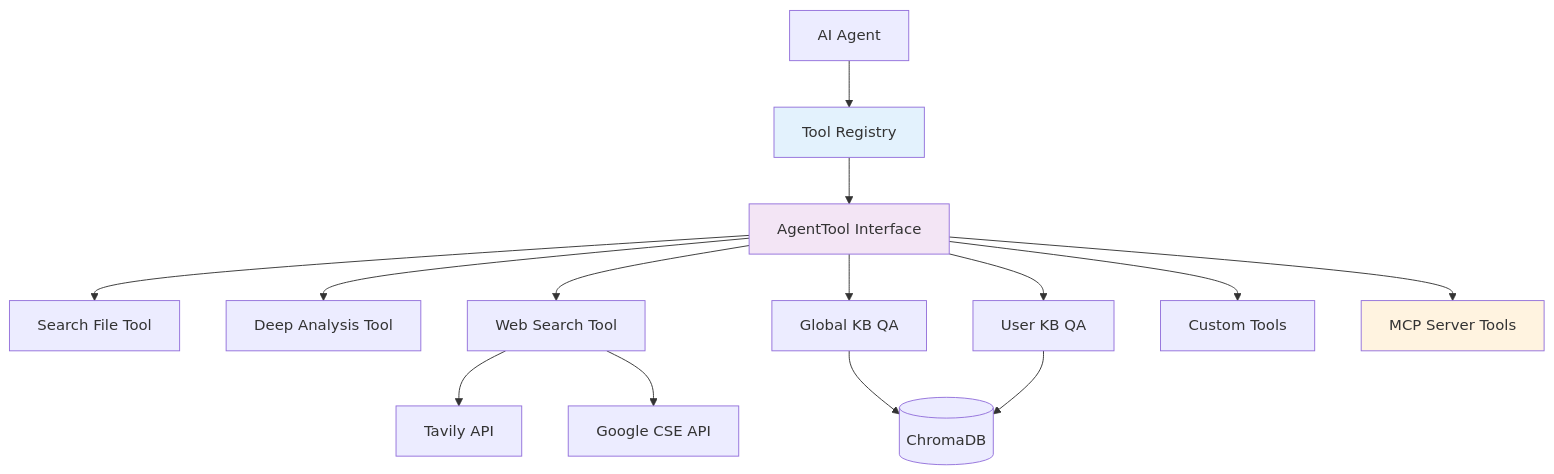
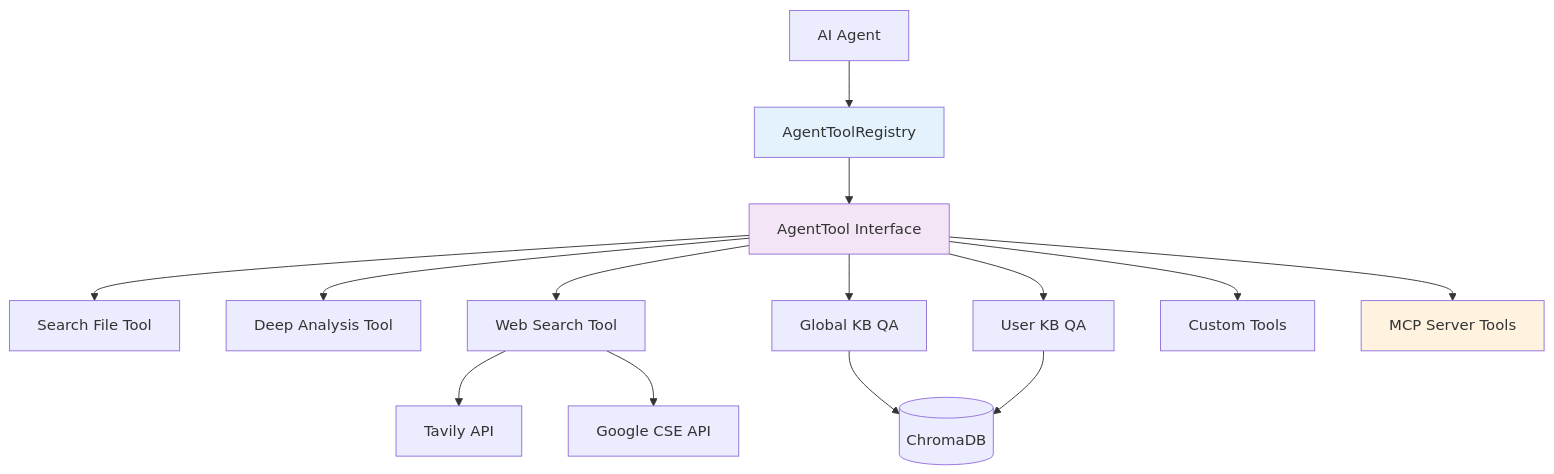
Before and after one commit to FaultMaven/faultmaven: the diagram in docs/reference/tools/README.md, drawn with Mermaid. The commit also changed other lines of this file and 4 other files, not shown here.

First line of the commit message:
docs: describe the real agent tool API in the tool reference

````diff
--- a/docs/reference/tools/README.md
+++ b/docs/reference/tools/README.md
@@ -22,22 +22,22 @@
 ```mermaid
 graph TB
-    Agent[AI Agent] --> Registry[Tool Registry]
+    Agent[AI Agent] --> Registry[AgentToolRegistry]
     Registry --> Interface[AgentTool Interface]
 
     Interface --> SearchFile[Search File Tool]
     Interface --> DeepAnalysis[Deep Analysis Tool]
     Interface --> Web[Web Search Tool]
     Interface --> GlobalKB[Global KB QA]
     Interface --> UserKB[User KB QA]
     Interface --> Custom[Custom Tools]
     Interface --> MCP[MCP Server Tools]
 
     Web --> Tavily[Tavily API]
     Web --> GoogleCSE[Google CSE API]
     GlobalKB --> ChromaDB[(ChromaDB)]
     UserKB --> ChromaDB
 
     style Registry fill:#e3f2fd
     style Interface fill:#f3e5f5
     style MCP fill:#fff3e0
 ```
````
